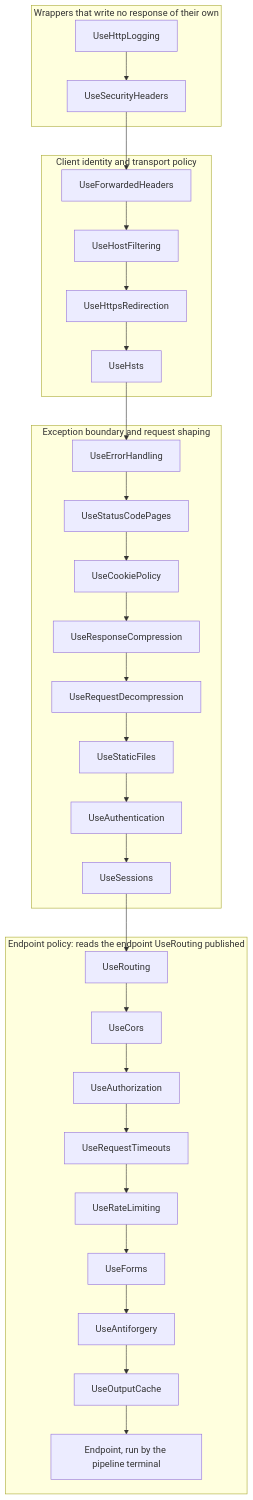
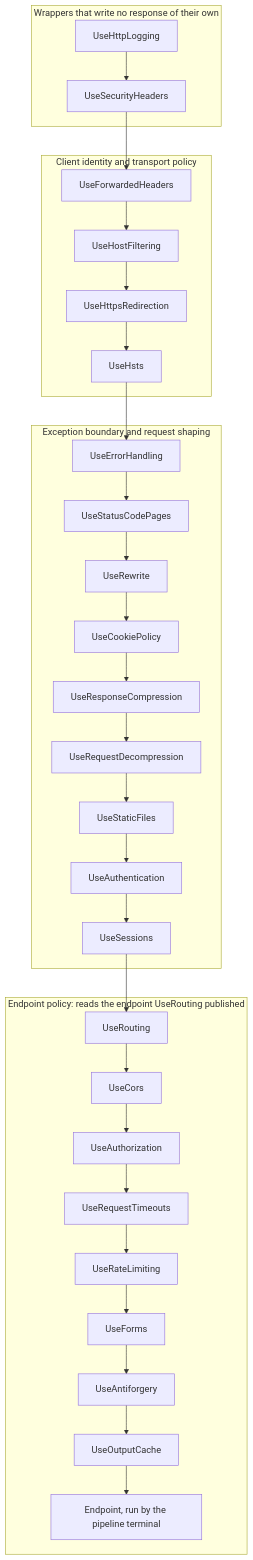
The diagram in docs/resources/Web/MIDDLEWARE_ORDER.md (assimalign/cohesion), drawn with Mermaid before and after one commit. The commit also changed other lines of this file and 55 other files, not shown here.

````diff
--- a/docs/resources/Web/MIDDLEWARE_ORDER.md
+++ b/docs/resources/Web/MIDDLEWARE_ORDER.md
@@ -16,18 +16,18 @@
 ```mermaid
 flowchart TD
     subgraph Outer["Wrappers that write no response of their own"]
         Logging["UseHttpLogging"] --> Headers["UseSecurityHeaders"]
     end
     subgraph Identity["Client identity and transport policy"]
         Forwarded["UseForwardedHeaders"] --> Hosts["UseHostFiltering"] --> Https["UseHttpsRedirection"] --> Hsts["UseHsts"]
     end
     subgraph Shaping["Exception boundary and request shaping"]
-        Errors["UseErrorHandling"] --> Pages["UseStatusCodePages"] --> Cookies["UseCookiePolicy"] --> Compress["UseResponseCompression"] --> Decompress["UseRequestDecompression"] --> Static["UseStaticFiles"] --> Authn["UseAuthentication"] --> Sessions["UseSessions"]
+        Errors["UseErrorHandling"] --> Pages["UseStatusCodePages"] --> Rewrite["UseRewrite"] --> Cookies["UseCookiePolicy"] --> Compress["UseResponseCompression"] --> Decompress["UseRequestDecompression"] --> Static["UseStaticFiles"] --> Authn["UseAuthentication"] --> Sessions["UseSessions"]
     end
     subgraph Policy["Endpoint policy: reads the endpoint UseRouting published"]
         Routing["UseRouting"] --> Cors["UseCors"] --> Authz["UseAuthorization"] --> Timeouts["UseRequestTimeouts"] --> Limits["UseRateLimiting"] --> Forms["UseForms"] --> Csrf["UseAntiforgery"] --> Cache["UseOutputCache"] --> Endpoint["Endpoint, run by the pipeline terminal"]
     end
     Headers --> Forwarded
     Hsts --> Errors
     Sessions --> Routing
 ```
````
